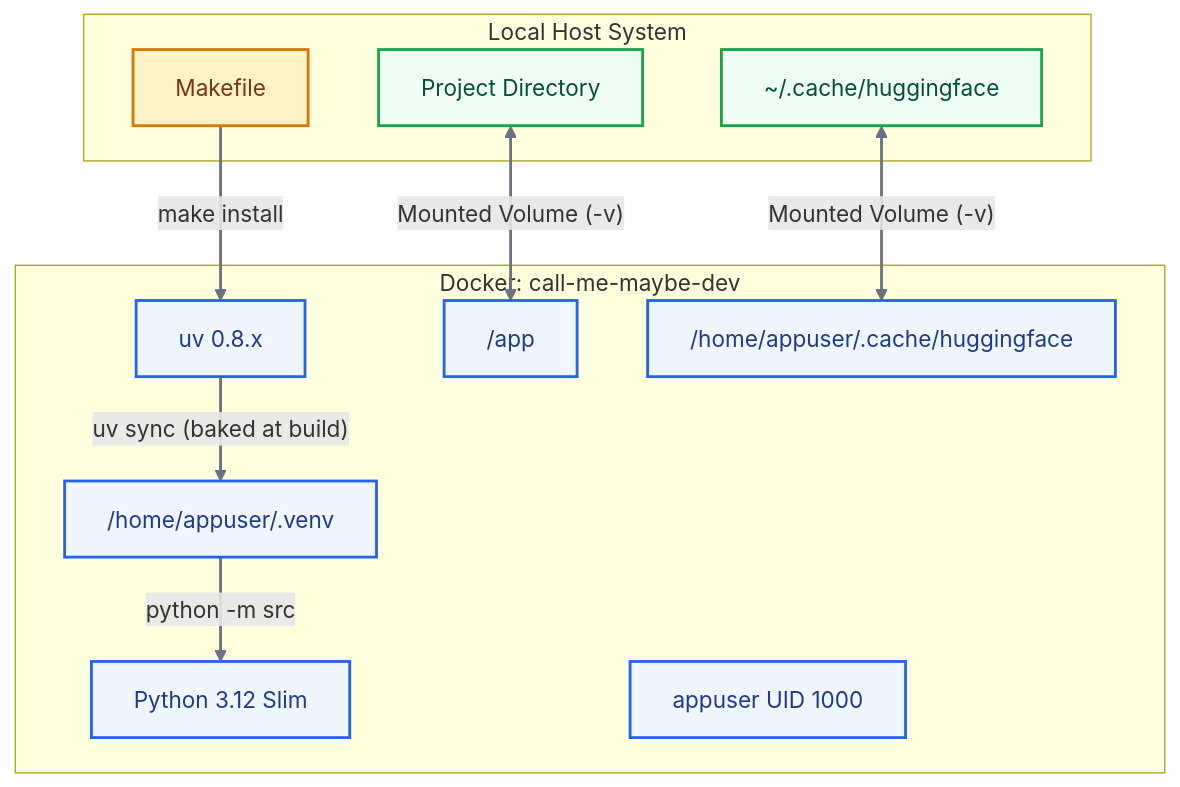
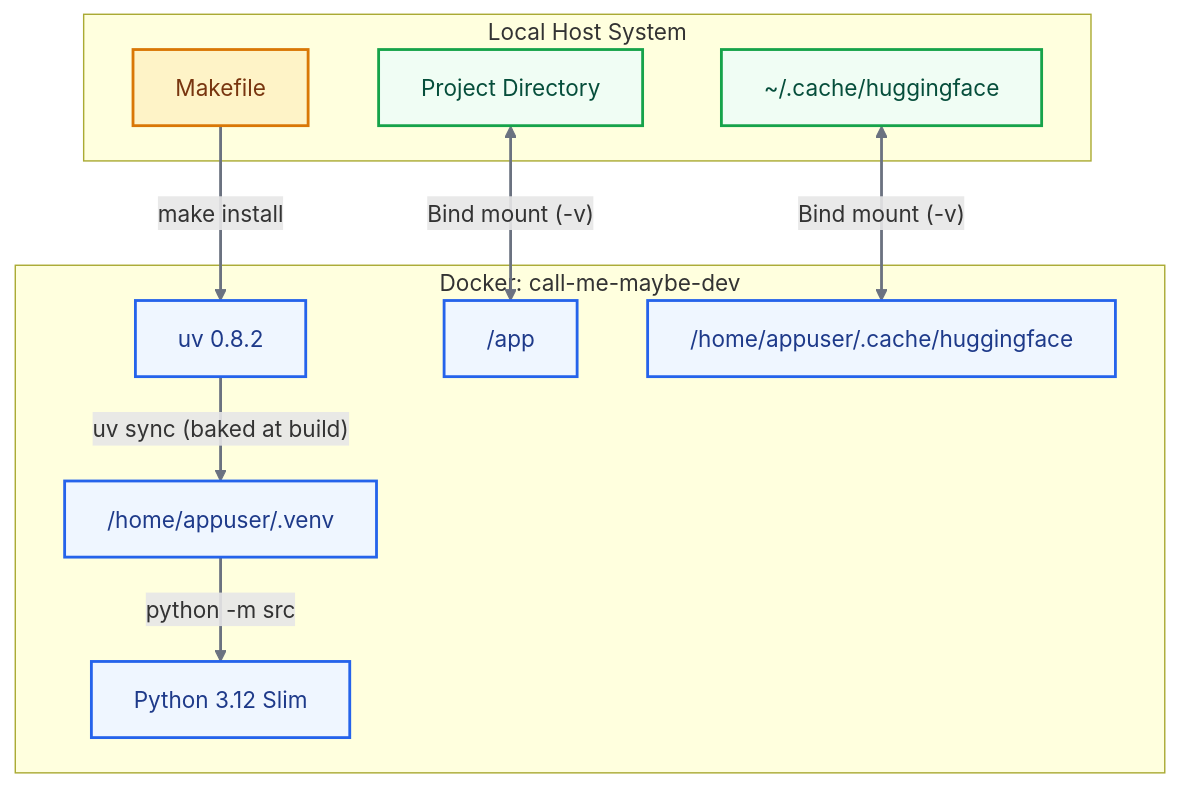
One commit to agalvan-dc/Call-Me-Maybe changed the second of 2 diagrams in README.md. Above: the diagram before and after it, drawn with Mermaid. The commit also changed other lines of this file and 3 other files, not shown here.

````diff
--- a/README.md
+++ b/README.md
@@ -129,29 +268,28 @@
 ```mermaid
 graph TD
     classDef host fill:#f0fdf4,stroke:#16a34a,stroke-width:2px,color:#064e3b;
     classDef container fill:#eff6ff,stroke:#2563eb,stroke-width:2px,color:#1e3a8a;
     classDef tool fill:#fef3c7,stroke:#d97706,stroke-width:2px,color:#78350f;
 
     subgraph HostSystem["Local Host System"]
         HostDIR["Project Directory"]:::host
         HostCache["~/.cache/huggingface"]:::host
         Makefile["Makefile"]:::tool
     end
 
     subgraph DockerContainer["Docker: call-me-maybe-dev"]
         Python["Python 3.12 Slim"]:::container
-        UV["uv 0.8.x"]:::container
-        AppUser["appuser UID 1000"]:::container
+        UV["uv 0.8.2"]:::container
         AppDIR["/app"]:::container
         Venv["/home/appuser/.venv"]:::container
         ContainerCache["/home/appuser/.cache/huggingface"]:::container
     end
 
-    HostDIR <-->|"Mounted Volume (-v)"| AppDIR
-    HostCache <-->|"Mounted Volume (-v)"| ContainerCache
+    HostDIR <-->|"Bind mount (-v)"| AppDIR
+    HostCache <-->|"Bind mount (-v)"| ContainerCache
     Makefile -->|"make install"| UV
     UV -->|"uv sync (baked at build)"| Venv
     Venv -->|"python -m src"| Python
 
     linkStyle default stroke:#6b7280,stroke-width:2px;
 ```
````
